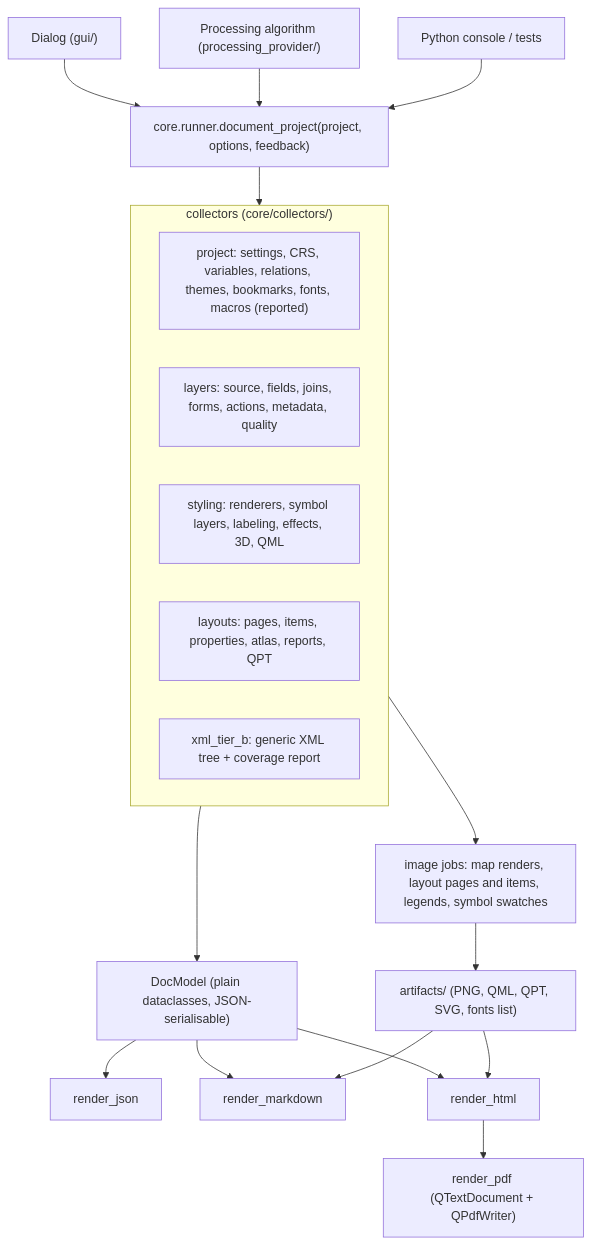
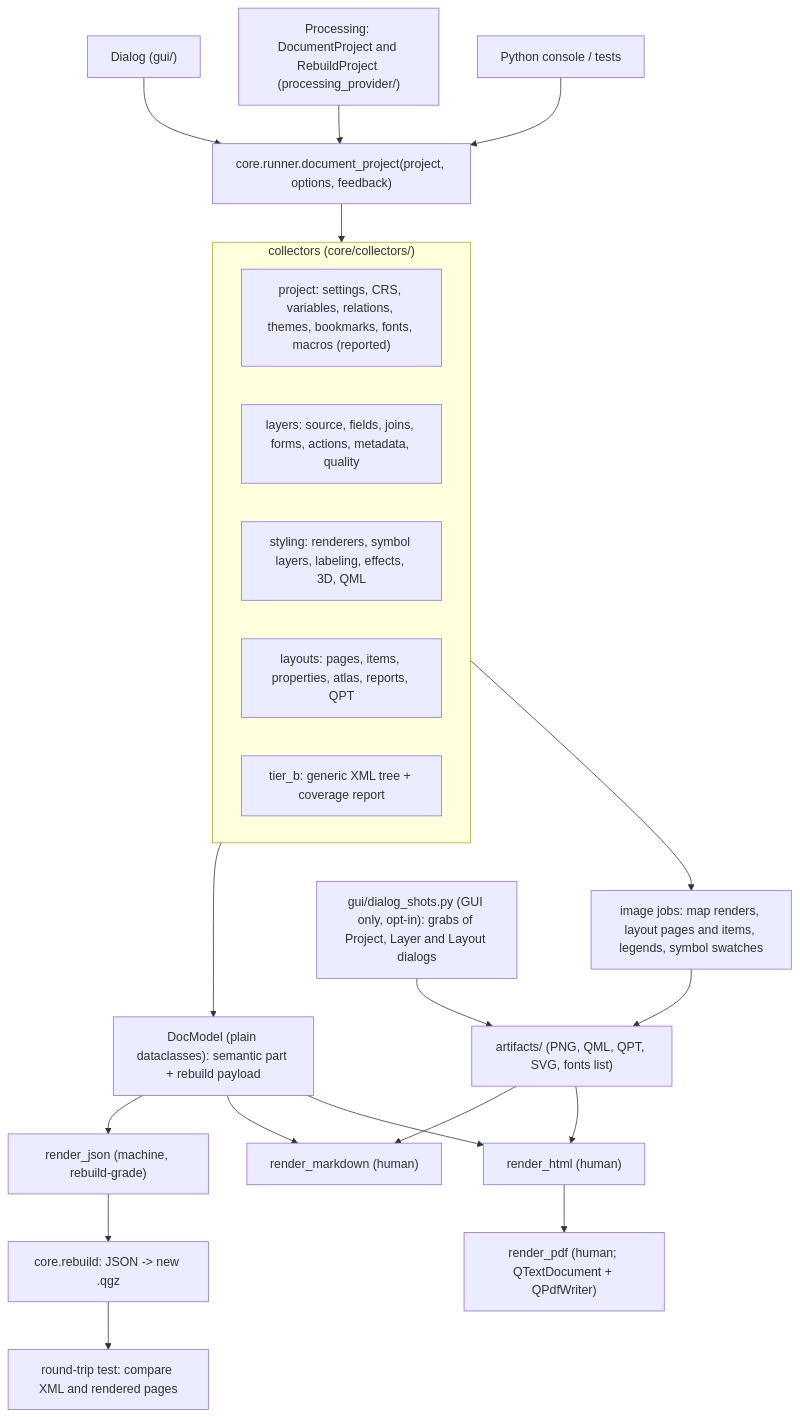
One commit to johnzastrow/DocQGISProject changed the first of 2 diagrams in docs/DESIGN.md. Above: the diagram before and after it, drawn with Mermaid. The commit also changed other lines of this file, not shown here.

Commit message:
Design draft 2: rebuild-grade JSON, human readability rules, dialog screenshots

````diff
--- a/docs/DESIGN.md
+++ b/docs/DESIGN.md
@@ -43,23 +50,26 @@
 ```mermaid
 flowchart TD
     UI["Dialog (gui/)"] --> RUN
-    PROC["Processing algorithm (processing_provider/)"] --> RUN
+    PROC["Processing: DocumentProject and RebuildProject (processing_provider/)"] --> RUN
     CON["Python console / tests"] --> RUN
     RUN["core.runner.document_project(project, options, feedback)"] --> COL
     subgraph COL["collectors (core/collectors/)"]
         C1["project: settings, CRS, variables, relations, themes, bookmarks, fonts, macros (reported)"]
         C2["layers: source, fields, joins, forms, actions, metadata, quality"]
         C3["styling: renderers, symbol layers, labeling, effects, 3D, QML"]
         C4["layouts: pages, items, properties, atlas, reports, QPT"]
-        C5["xml_tier_b: generic XML tree + coverage report"]
+        C5["tier_b: generic XML tree + coverage report"]
     end
-    COL --> MODEL["DocModel (plain dataclasses, JSON-serialisable)"]
+    COL --> MODEL["DocModel (plain dataclasses): semantic part + rebuild payload"]
     COL --> IMG["image jobs: map renders, layout pages and items, legends, symbol swatches"]
+    SHOTS["gui/dialog_shots.py (GUI only, opt-in): grabs of Project, Layer and Layout dialogs"] --> ART
     IMG --> ART["artifacts/ (PNG, QML, QPT, SVG, fonts list)"]
-    MODEL --> R1["render_json"]
-    MODEL --> R2["render_markdown"]
-    MODEL --> R3["render_html"]
-    R3 --> R4["render_pdf (QTextDocument + QPdfWriter)"]
+    MODEL --> R1["render_json (machine, rebuild-grade)"]
+    MODEL --> R2["render_markdown (human)"]
+    MODEL --> R3["render_html (human)"]
+    R3 --> R4["render_pdf (human; QTextDocument + QPdfWriter)"]
     ART --> R2
     ART --> R3
+    R1 --> REB["core.rebuild: JSON -> new .qgz"]
+    REB --> RT["round-trip test: compare XML and rendered pages"]
 ```
````
